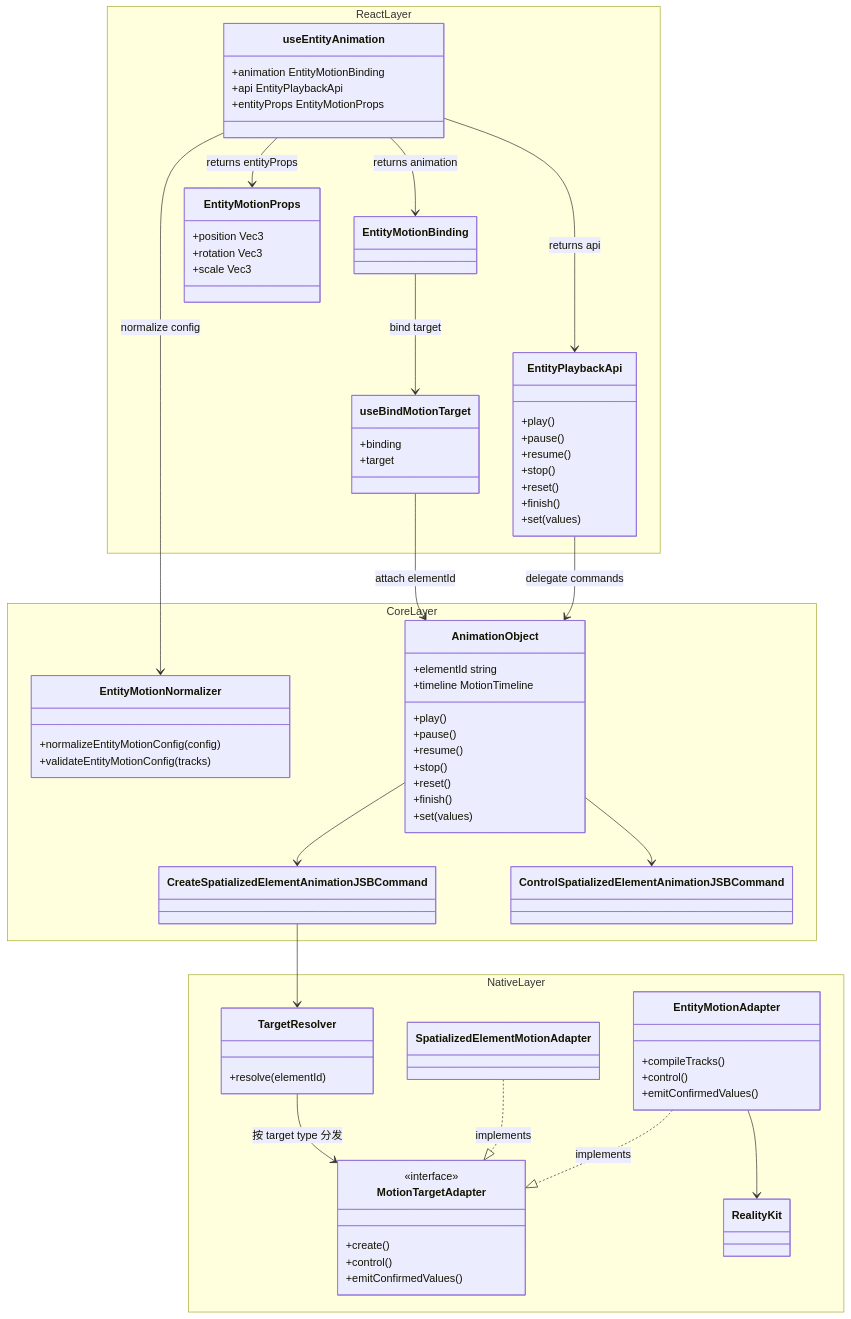
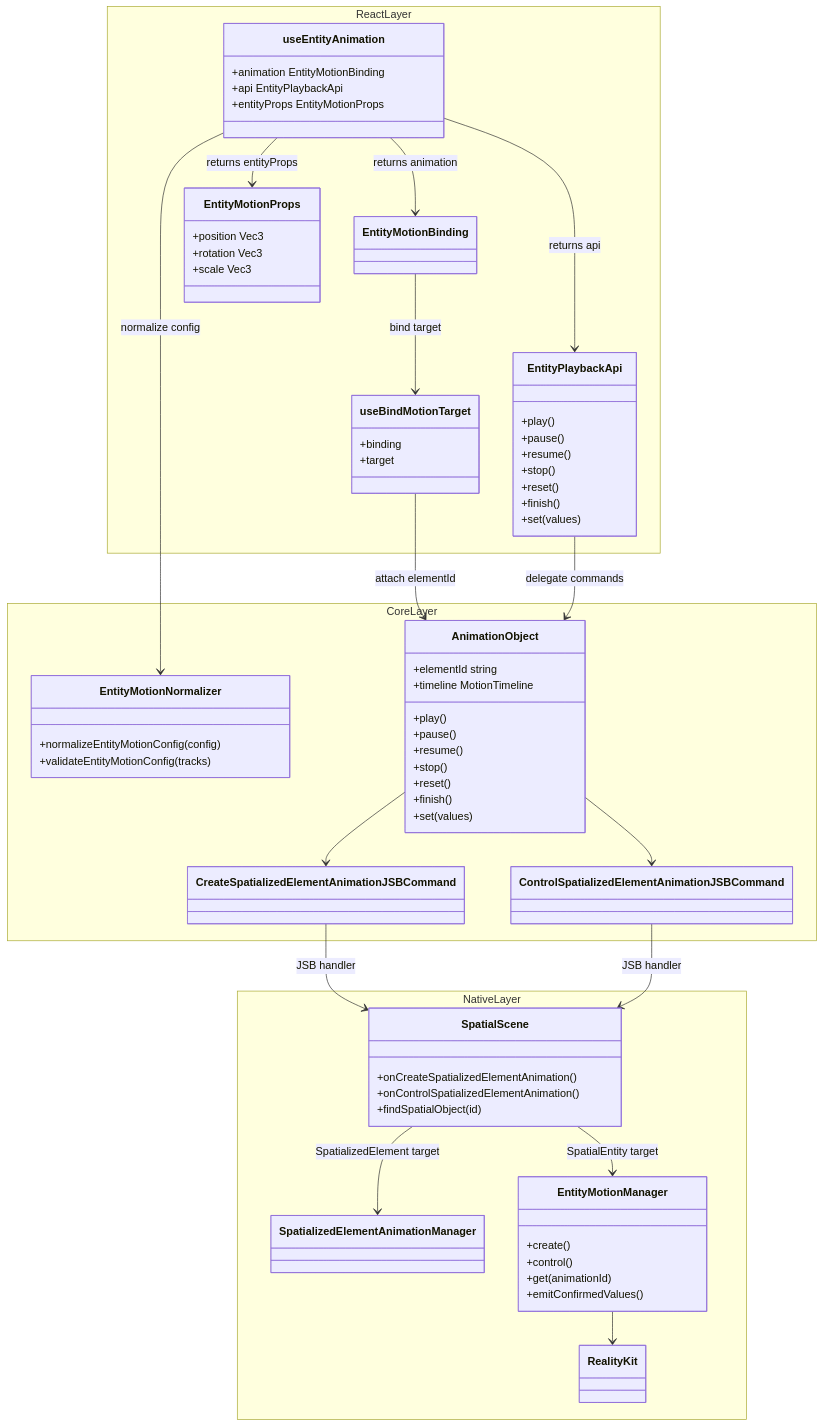
The sixth of 8 diagrams in openspec/changes/redesign-entity-motion-api/design.zh.md (webspatial/webspatial-sdk), drawn with Mermaid before and after one commit. The commit also changed other lines of this file and 3 other files, not shown here.

Commit message:
detail native arch diagram

````diff
--- a/openspec/changes/redesign-entity-motion-api/design.zh.md
+++ b/openspec/changes/redesign-entity-motion-api/design.zh.md
@@ -544,80 +536,77 @@
 ```mermaid
 classDiagram
     namespace ReactLayer {
         class useEntityAnimation {
             +animation EntityMotionBinding
             +api EntityPlaybackApi
             +entityProps EntityMotionProps
         }
         class EntityPlaybackApi {
             +play()
             +pause()
             +resume()
             +stop()
             +reset()
             +finish()
             +set(values)
         }
         class EntityMotionBinding
         class EntityMotionProps {
             +position Vec3
             +rotation Vec3
             +scale Vec3
         }
         class useBindMotionTarget {
             +binding
             +target
         }
     }
     namespace CoreLayer {
         class EntityMotionNormalizer {
             +normalizeEntityMotionConfig(config)
             +validateEntityMotionConfig(tracks)
         }
         class AnimationObject {
             +elementId string
             +timeline MotionTimeline
             +play()
             +pause()
             +resume()
             +stop()
             +reset()
             +finish()
             +set(values)
         }
         class CreateSpatializedElementAnimationJSBCommand
         class ControlSpatializedElementAnimationJSBCommand
     }
     namespace NativeLayer {
-        class TargetResolver {
-            +resolve(elementId)
+        class SpatialScene {
+            +onCreateSpatializedElementAnimation()
+            +onControlSpatializedElementAnimation()
+            +findSpatialObject(id)
         }
-        class MotionTargetAdapter {
-            <<interface>>
+        class SpatializedElementAnimationManager
+        class EntityMotionManager {
             +create()
             +control()
-            +emitConfirmedValues()
-        }
-        class SpatializedElementMotionAdapter
-        class EntityMotionAdapter {
-            +compileTracks()
-            +control()
+            +get(animationId)
             +emitConfirmedValues()
         }
         class RealityKit
     }
     useEntityAnimation --> EntityMotionBinding : returns animation
     useEntityAnimation --> EntityPlaybackApi : returns api
     useEntityAnimation --> EntityMotionProps : returns entityProps
     useEntityAnimation --> EntityMotionNormalizer : normalize config
     EntityMotionBinding --> useBindMotionTarget : bind target
     useBindMotionTarget --> AnimationObject : attach elementId
     EntityPlaybackApi --> AnimationObject : delegate commands
     AnimationObject --> CreateSpatializedElementAnimationJSBCommand
     AnimationObject --> ControlSpatializedElementAnimationJSBCommand
-    CreateSpatializedElementAnimationJSBCommand --> TargetResolver
-    TargetResolver --> MotionTargetAdapter : 按 target type 分发
-    SpatializedElementMotionAdapter ..|> MotionTargetAdapter : implements
-    EntityMotionAdapter ..|> MotionTargetAdapter : implements
-    EntityMotionAdapter --> RealityKit
+    CreateSpatializedElementAnimationJSBCommand --> SpatialScene : JSB handler
+    ControlSpatializedElementAnimationJSBCommand --> SpatialScene : JSB handler
+    SpatialScene --> SpatializedElementAnimationManager : SpatializedElement target
+    SpatialScene --> EntityMotionManager : SpatialEntity target
+    EntityMotionManager --> RealityKit
 ```
````
